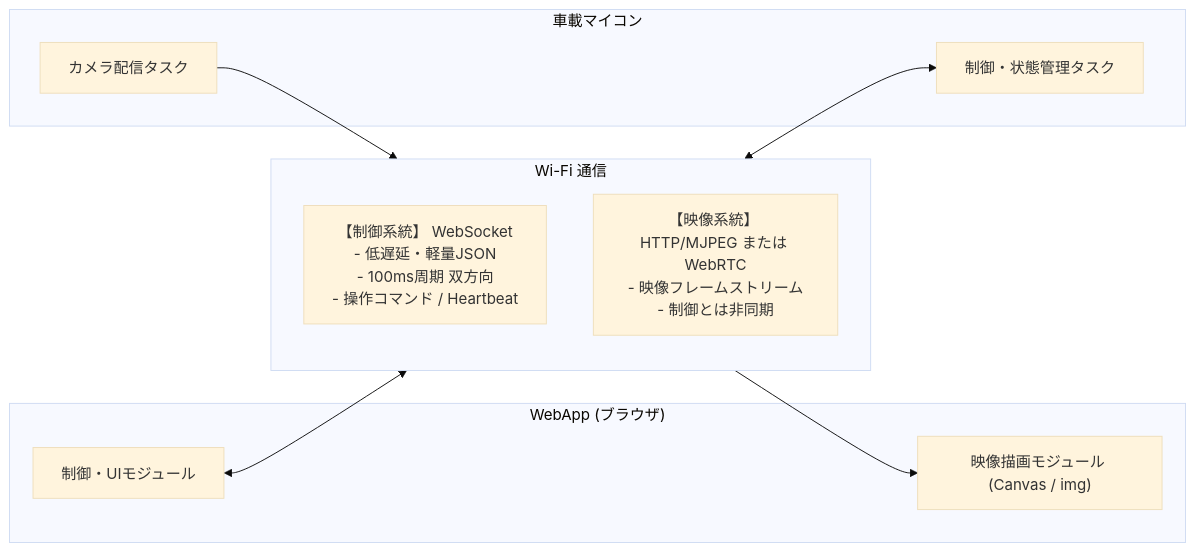
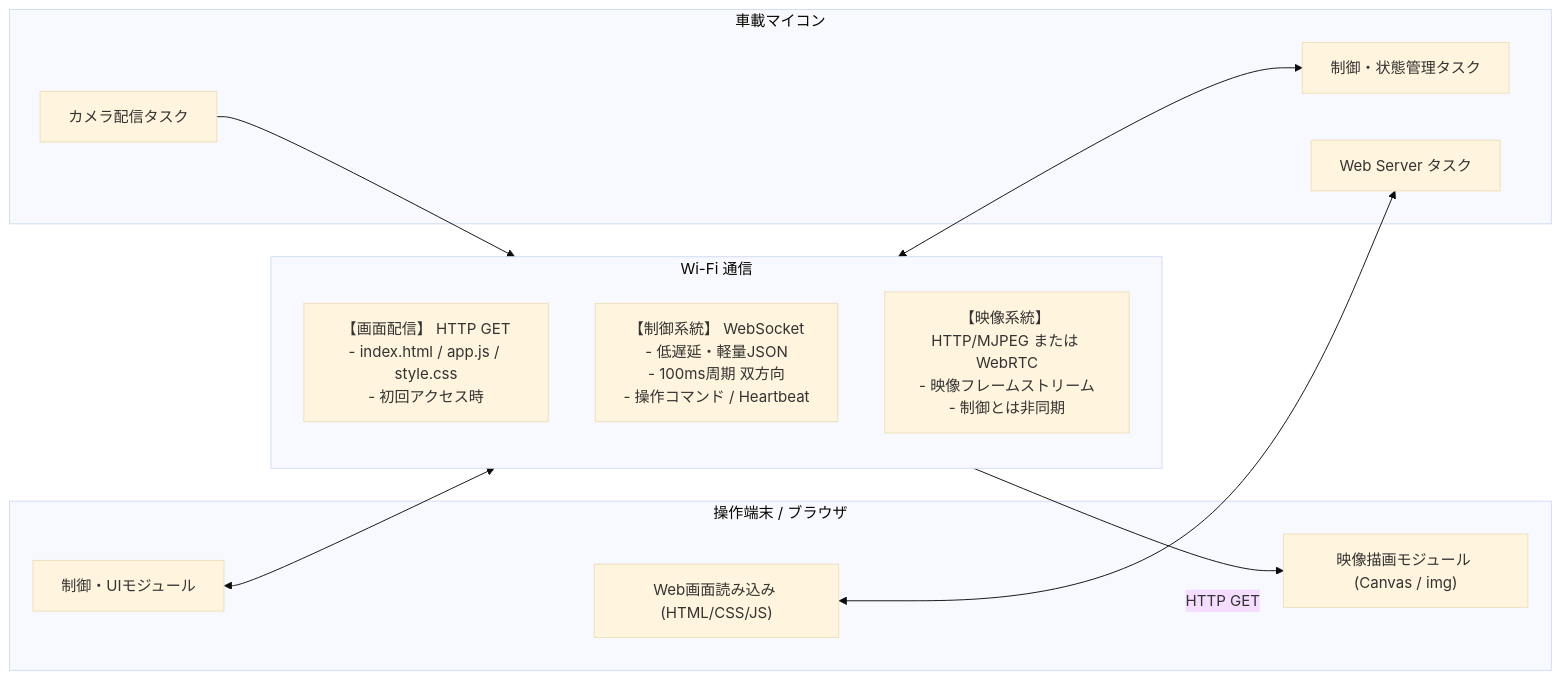
The second of 3 diagrams in docs/system-architecture.md (tut-cc/mini-4wd-webapp), drawn with Mermaid (base theme) before and after one commit. The commit also changed other lines of this file and 4 other files, not shown here.

````diff
--- a/docs/system-architecture.md
+++ b/docs/system-architecture.md
@@ -55,21 +56,25 @@
 ```mermaid
 flowchart LR
-    subgraph WebApp["WebApp (ブラウザ)"]
+    subgraph WebApp["操作端末 / ブラウザ"]
+        W_STATIC["Web画面読み込み (HTML/CSS/JS)"]
         W_CTRL["制御・UIモジュール"]
         W_VIDEO["映像描画モジュール (Canvas / img)"]
     end
 
     subgraph Network["Wi-Fi 通信"]
         direction TB
+        HTTP_STATIC["【画面配信】 HTTP GET\n- index.html / app.js / style.css\n- 初回アクセス時"]
         WS["【制御系統】 WebSocket\n- 低遅延・軽量JSON\n- 100ms周期 双方向\n- 操作コマンド / Heartbeat"]
-        HTTP["【映像系統】 HTTP/MJPEG または WebRTC\n- 映像フレームストリーム\n- 制御とは非同期"]
+        HTTP_CAM["【映像系統】 HTTP/MJPEG または WebRTC\n- 映像フレームストリーム\n- 制御とは非同期"]
     end
 
     subgraph MCU["車載マイコン"]
+        M_HTTP["Web Server タスク"]
         M_CTRL["制御・状態管理タスク"]
         M_CAM["カメラ配信タスク"]
     end
 
+    W_STATIC <-- HTTP GET --> M_HTTP
     W_CTRL <--> WS <--> M_CTRL
-    M_CAM --> HTTP --> W_VIDEO
+    M_CAM --> HTTP_CAM --> W_VIDEO
 ```
````
